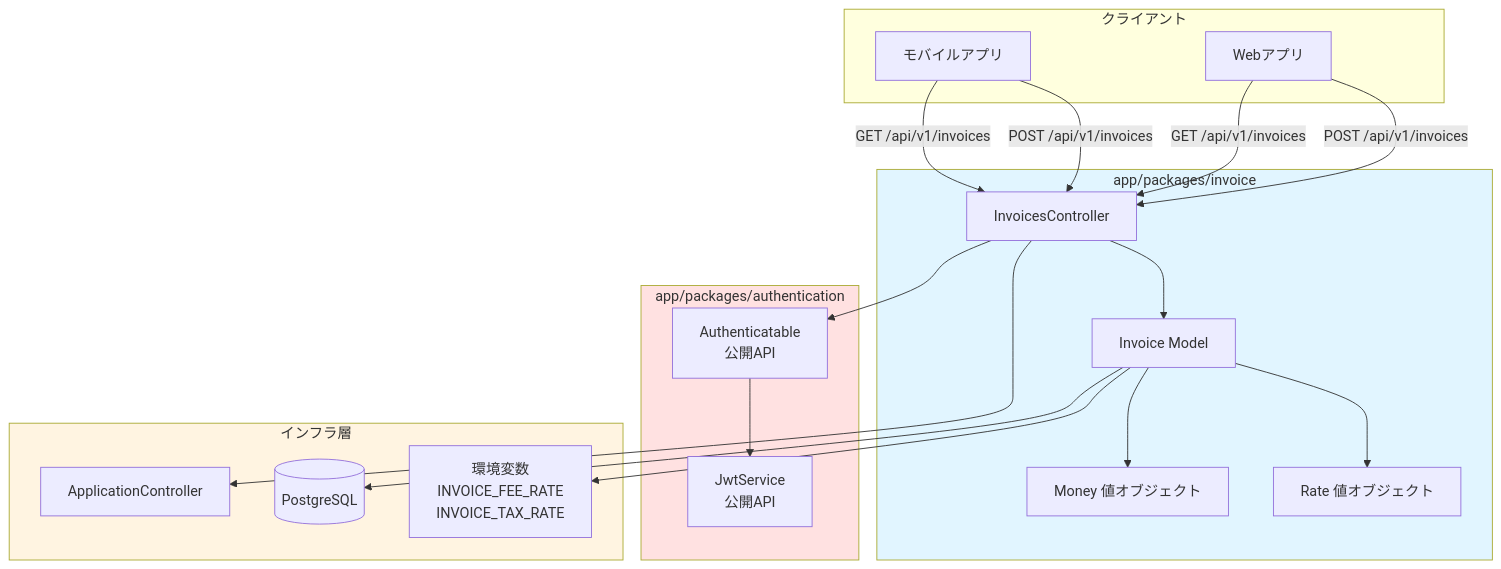
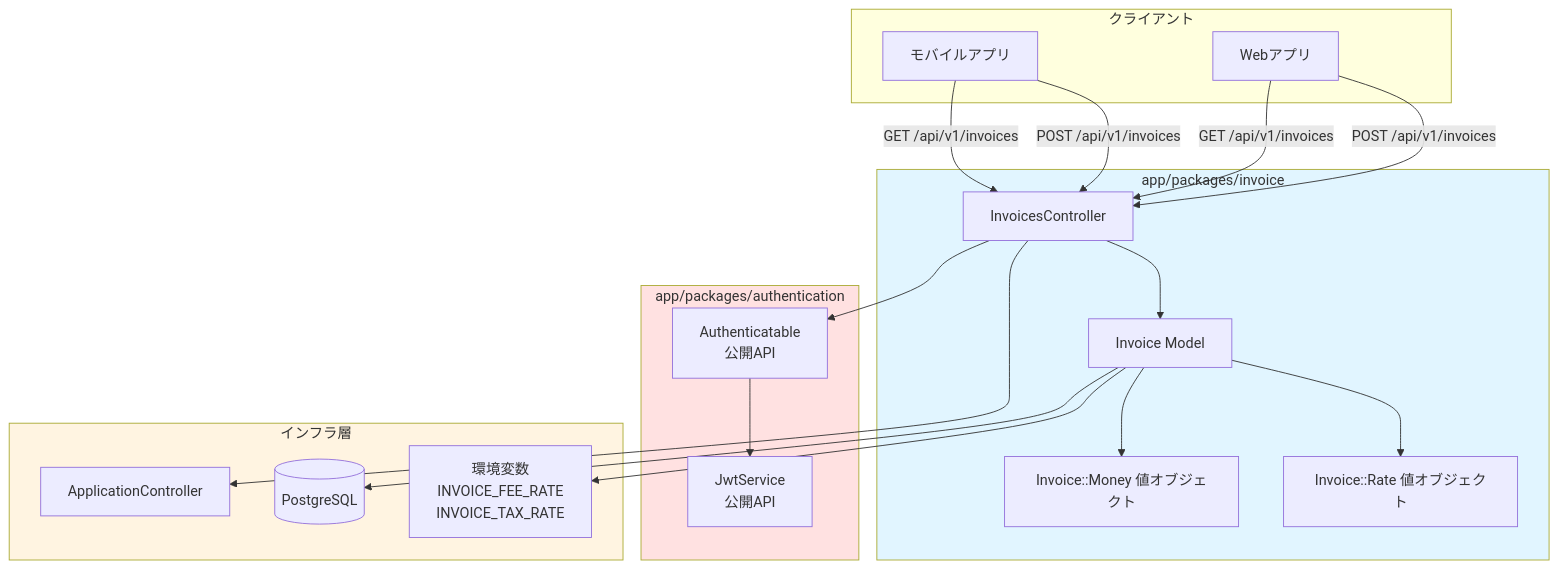
The fifth of 5 diagrams in specs/invoice-management/design.md (gitkado/super-shiharai-kun-rb), drawn with Mermaid before and after one commit. The commit also changed other lines of this file and 1 other file, not shown here.

First line of the commit message:
docs(invoice): 請求書機能の設計・タスクドキュメントを更新

````diff
--- a/specs/invoice-management/design.md
+++ b/specs/invoice-management/design.md
@@ -751,44 +758,44 @@
 ```mermaid
 flowchart TB
     subgraph Client["クライアント"]
         WebApp[Webアプリ]
         MobileApp[モバイルアプリ]
     end
 
     subgraph InvoicePackage["app/packages/invoice"]
         InvoiceCtrl[InvoicesController]
         InvoiceModel[Invoice Model]
-        MoneyVO[Money 値オブジェクト]
-        RateVO[Rate 値オブジェクト]
+        MoneyVO[Invoice::Money 値オブジェクト]
+        RateVO[Invoice::Rate 値オブジェクト]
     end
 
     subgraph AuthPackage["app/packages/authentication"]
         Authenticatable[Authenticatable<br/>公開API]
         JwtService[JwtService<br/>公開API]
     end
 
     subgraph Infrastructure["インフラ層"]
         AppCtrl[ApplicationController]
         DB[(PostgreSQL)]
         Env[環境変数<br/>INVOICE_FEE_RATE<br/>INVOICE_TAX_RATE]
     end
 
     WebApp -->|POST /api/v1/invoices| InvoiceCtrl
     WebApp -->|GET /api/v1/invoices| InvoiceCtrl
     MobileApp -->|POST /api/v1/invoices| InvoiceCtrl
     MobileApp -->|GET /api/v1/invoices| InvoiceCtrl
 
     InvoiceCtrl --> Authenticatable
     InvoiceCtrl --> InvoiceModel
     InvoiceModel --> MoneyVO
     InvoiceModel --> RateVO
     InvoiceModel --> DB
     InvoiceModel --> Env
 
     Authenticatable --> JwtService
     InvoiceCtrl --> AppCtrl
 
     style InvoicePackage fill:#e1f5ff
     style AuthPackage fill:#ffe1e1
     style Infrastructure fill:#fff4e1
 ```
````
